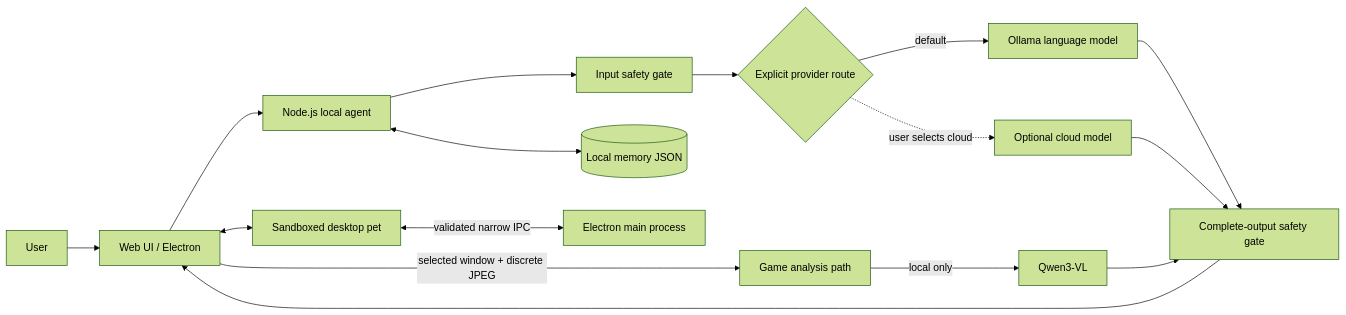
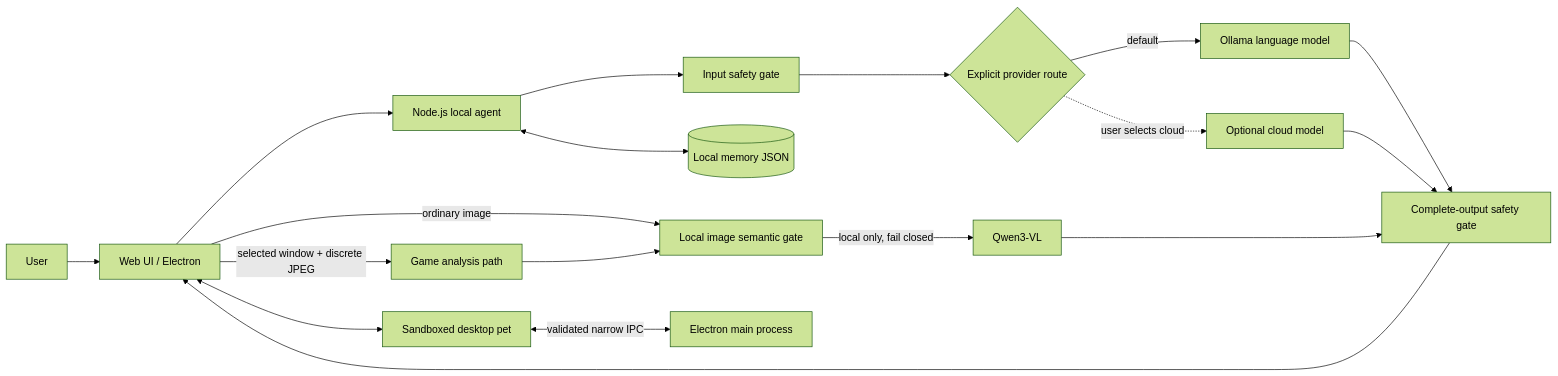
Before and after one commit to hali0020/aifriend: the diagram in README.md, drawn with Mermaid (forest theme). The commit also changed other lines of this file and 42 other files, not shown here.

````diff
--- a/README.md
+++ b/README.md
@@ -71,20 +75,22 @@
 ```mermaid
 flowchart LR
     U[User] --> UI[Web UI / Electron]
     UI --> API[Node.js local agent]
     API --> IN[Input safety gate]
     IN --> ROUTER{Explicit provider route}
     ROUTER -->|default| OLLAMA[Ollama language model]
     ROUTER -.->|user selects cloud| CLOUD[Optional cloud model]
     OLLAMA --> OUT[Complete-output safety gate]
     CLOUD --> OUT
     OUT --> UI
 
+    UI -->|ordinary image| IMG[Local image semantic gate]
     UI -->|selected window + discrete JPEG| GAME[Game analysis path]
-    GAME -->|local only| VLM[Qwen3-VL]
+    GAME --> IMG
+    IMG -->|local only, fail closed| VLM[Qwen3-VL]
     VLM --> OUT
 
     API <--> MEMORY[(Local memory JSON)]
     UI <--> PET[Sandboxed desktop pet]
     PET <-->|validated narrow IPC| MAIN[Electron main process]
 ```
````
